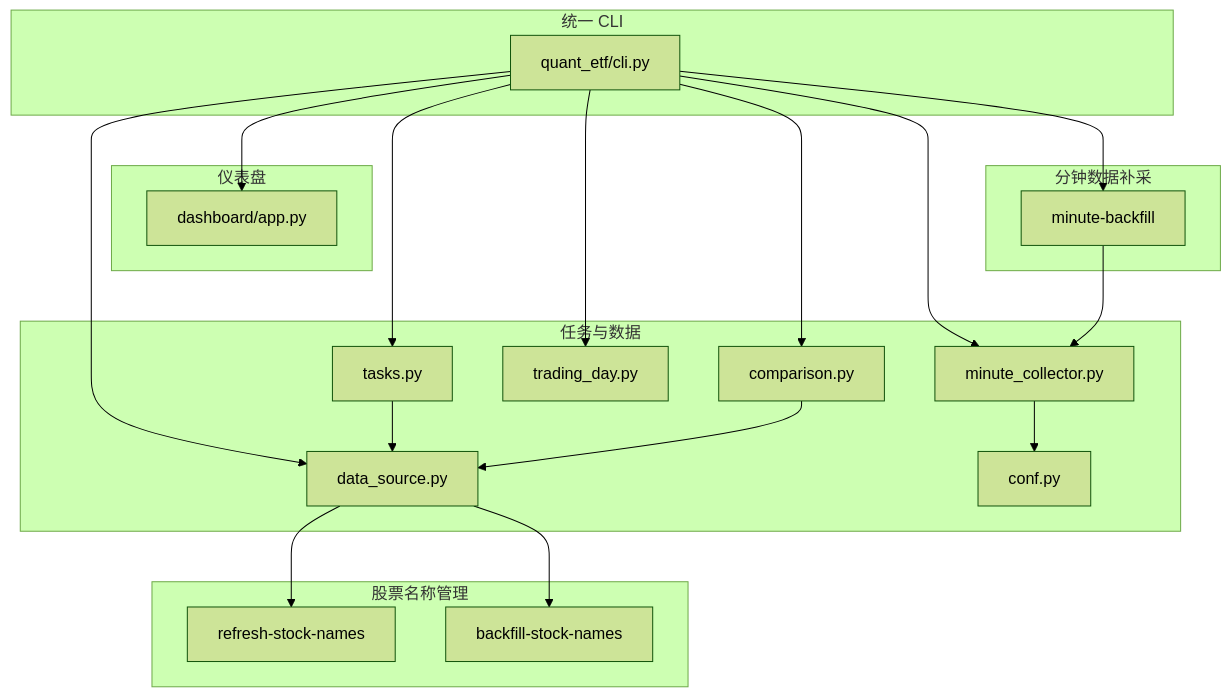
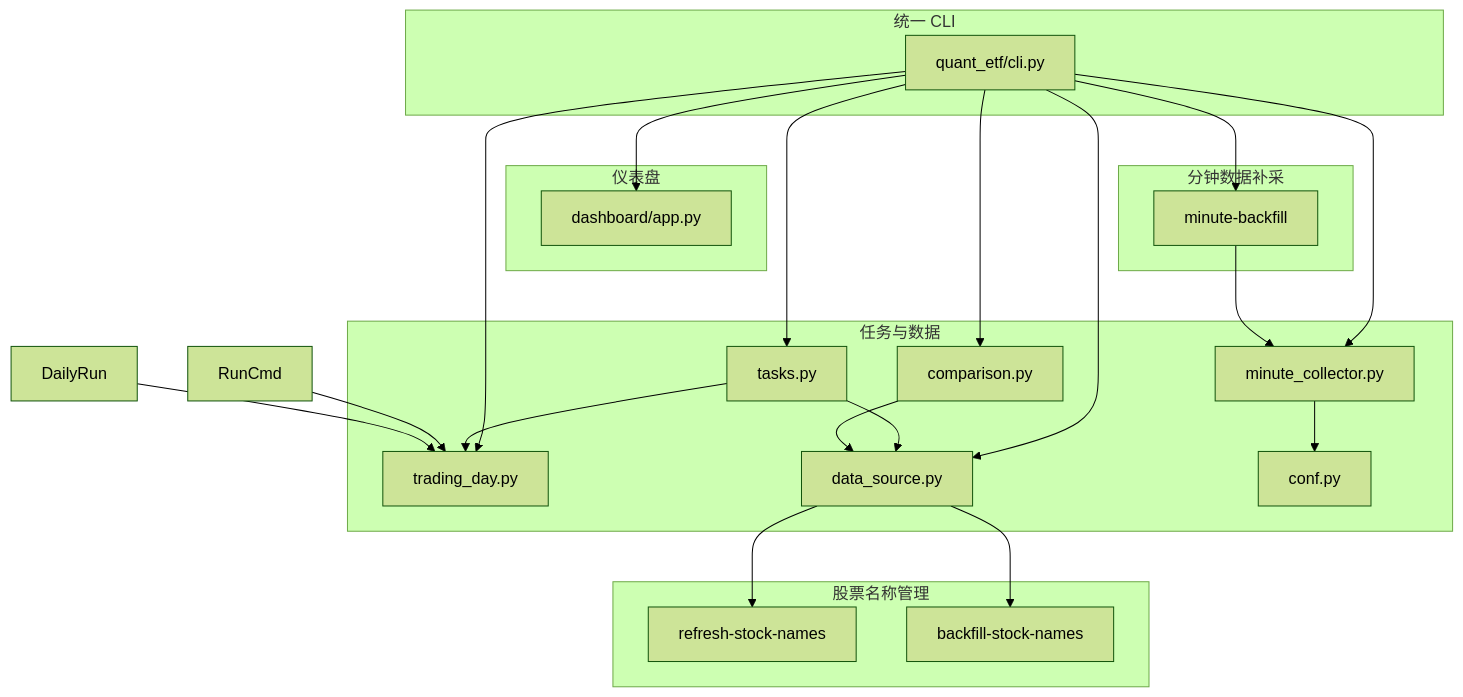
The third of 4 diagrams in .qoder/repowiki/zh/content/CLI命令参考/CLI命令参考.md (ldeng76/quant-ETF), drawn with Mermaid (forest theme) before and after one commit. The commit also changed other lines of this file and 12 other files, not shown here.

````diff
--- a/.qoder/repowiki/zh/content/CLI命令参考/CLI命令参考.md
+++ b/.qoder/repowiki/zh/content/CLI命令参考/CLI命令参考.md
@@ -437,37 +453,40 @@
 ```mermaid
 graph TB
 subgraph "统一 CLI"
 CLI["quant_etf/cli.py"]
 end
 subgraph "任务与数据"
 Tasks["tasks.py"]
 Compare["comparison.py"]
 Trading["trading_day.py"]
 Minute["minute_collector.py"]
 DS["data_source.py"]
 Conf["conf.py"]
 end
 subgraph "仪表盘"
 DashApp["dashboard/app.py"]
 end
 subgraph "股票名称管理"
 NameRefresh["refresh-stock-names"]
 NameBackfill["backfill-stock-names"]
 end
 subgraph "分钟数据补采"
 MinBackfill["minute-backfill"]
 end
 CLI --> Tasks
 CLI --> Compare
 CLI --> Trading
 CLI --> Minute
 CLI --> DS
 CLI --> DashApp
 CLI --> MinBackfill
 Tasks --> DS
 Compare --> DS
 Minute --> Conf
 MinBackfill --> Minute
 DS --> NameRefresh
 DS --> NameBackfill
+Tasks --> Trading
+RunCmd --> Trading
+DailyRun --> Trading
 ```
````
